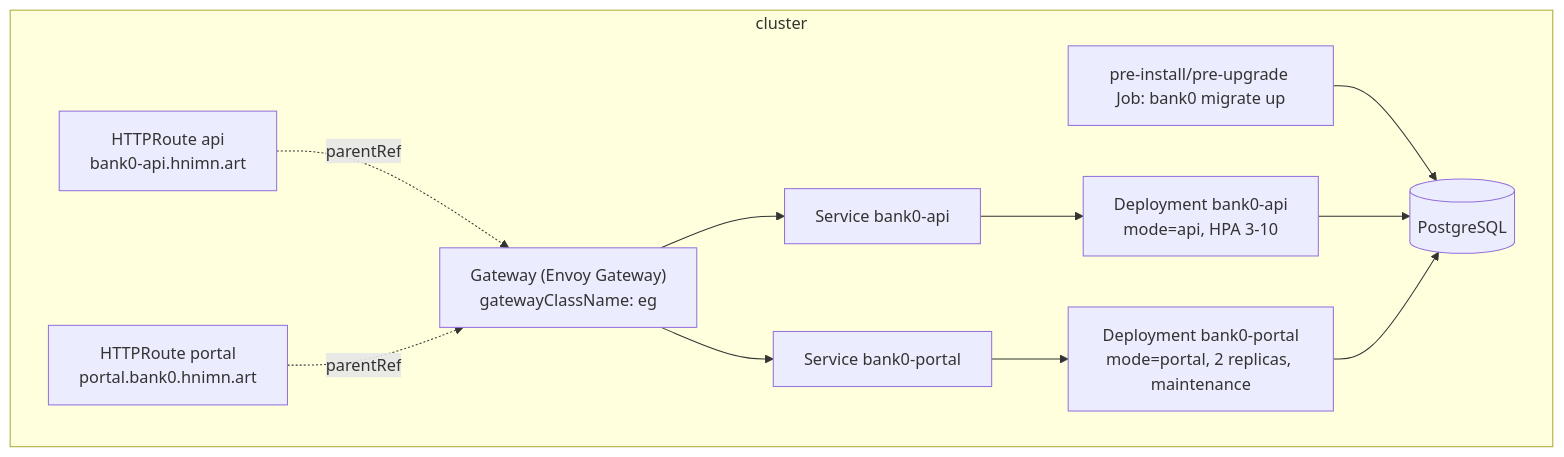
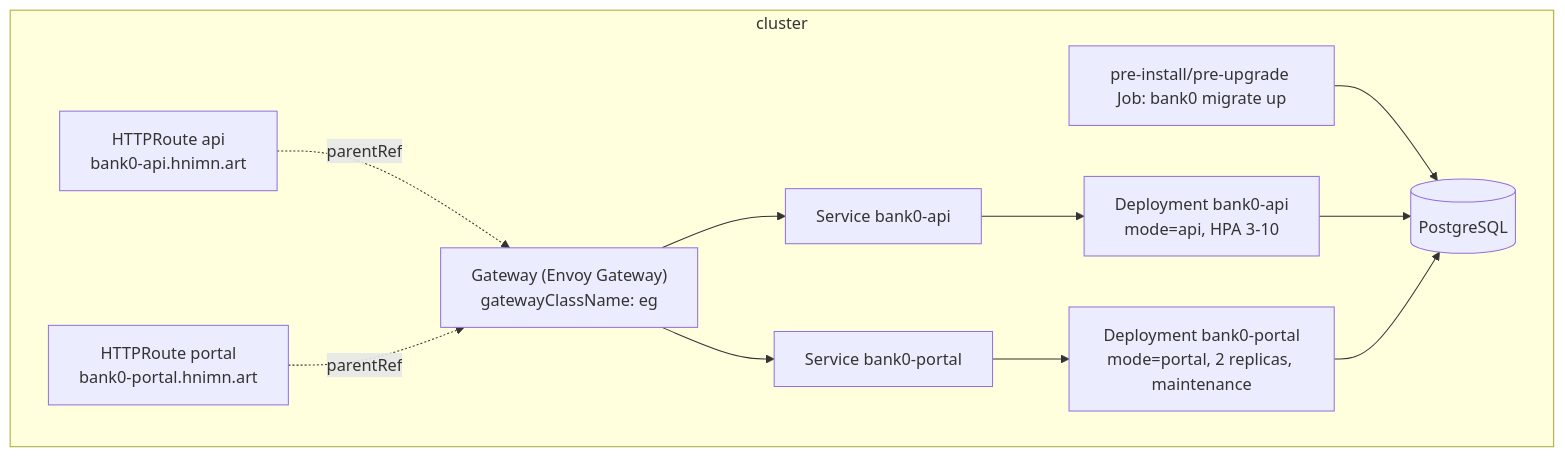
The second of 3 diagrams in docs/04-deployment.md (minhtt159/bank0), drawn with Mermaid before and after one commit. The commit also changed other lines of this file and 8 other files, not shown here.

First line of the commit message:
refactor: portal hostname is bank0-portal, portal.bank0 is gone

````diff
--- a/docs/04-deployment.md
+++ b/docs/04-deployment.md
@@ -173,15 +174,15 @@
 ```mermaid
 graph TD
     subgraph cluster
       GW["Gateway (Envoy Gateway)<br/>gatewayClassName: eg"]
       RtA["HTTPRoute api<br/>bank0-api.hnimn.art"] -.parentRef.-> GW
-      RtP["HTTPRoute portal<br/>portal.bank0.hnimn.art"] -.parentRef.-> GW
+      RtP["HTTPRoute portal<br/>bank0-portal.hnimn.art"] -.parentRef.-> GW
       GW --> SvcA[Service bank0-api]
       GW --> SvcP[Service bank0-portal]
       SvcA --> DepA["Deployment bank0-api<br/>mode=api, HPA 3-10"]
       SvcP --> DepP["Deployment bank0-portal<br/>mode=portal, 2 replicas, maintenance"]
       Job["pre-install/pre-upgrade Job: bank0 migrate up"] --> PG[(PostgreSQL)]
       DepA --> PG
       DepP --> PG
     end
 ```
````
